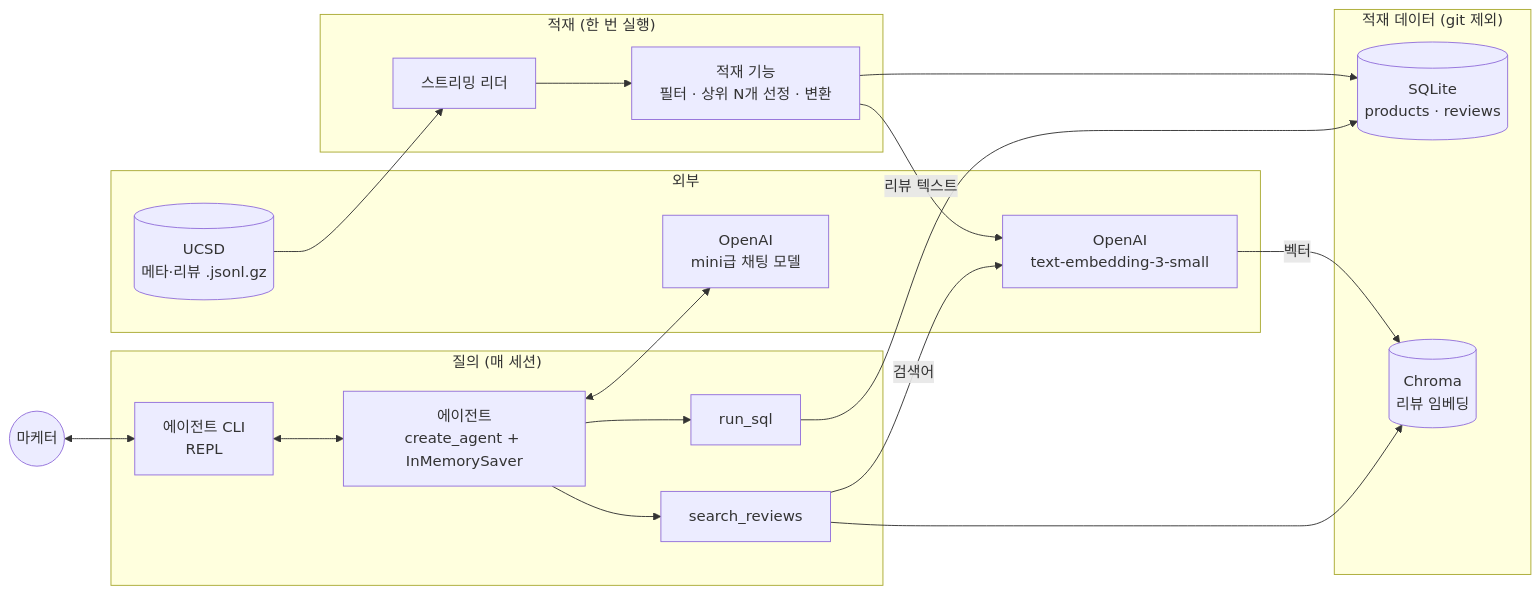
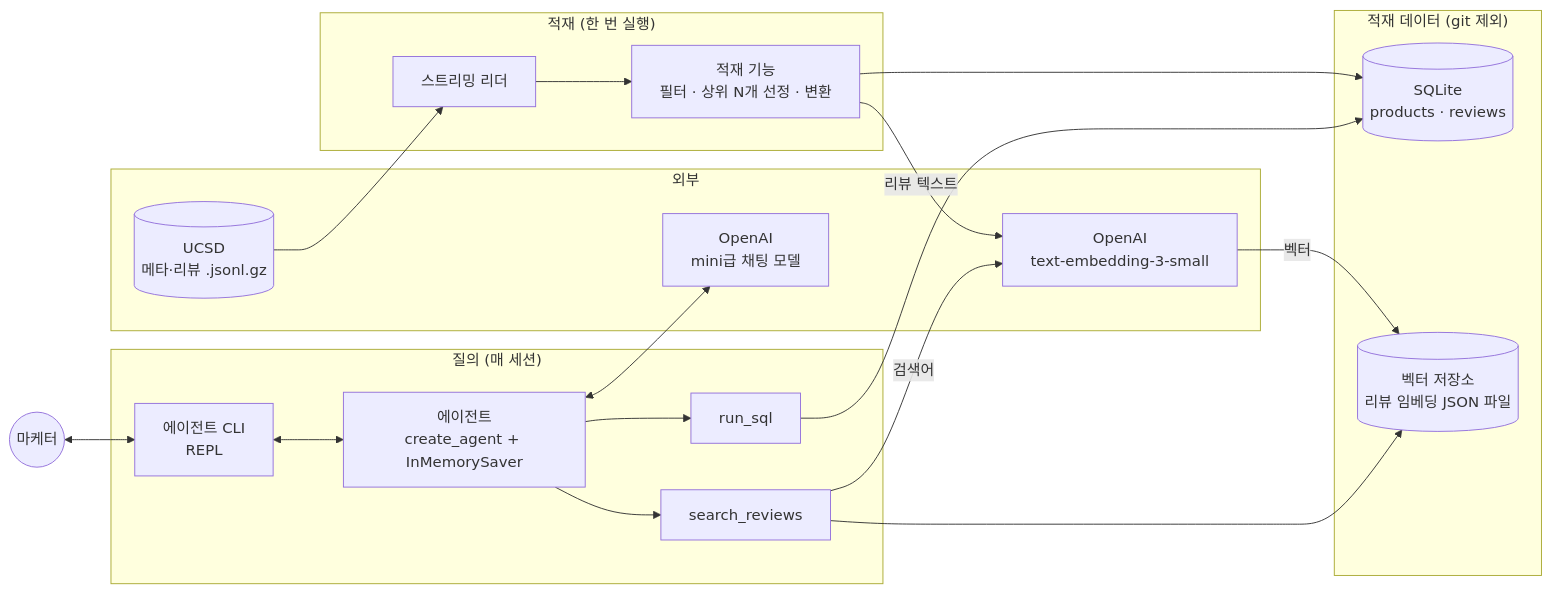
The first of 2 diagrams in docs/architecture.md (jhlee5647/marketing-agent-test), drawn with Mermaid before and after one commit. The commit also changed other lines of this file and 1 other file, not shown here.

Commit message:
docs: 벡터 저장소를 Chroma 대신 InMemoryVectorStore로 바꾼 결정(ADR-0002)과 아키텍처 문서 반영

````diff
--- a/docs/architecture.md
+++ b/docs/architecture.md
@@ -9,35 +9,35 @@
 ```mermaid
 flowchart LR
     subgraph 외부
         UCSD[(UCSD<br/>메타·리뷰 .jsonl.gz)]
         EMB[OpenAI<br/>text-embedding-3-small]
         LLM[OpenAI<br/>mini급 채팅 모델]
     end
 
     subgraph 적재["적재 (한 번 실행)"]
         STREAM[스트리밍 리더]
         LOADER[적재 기능<br/>필터 · 상위 N개 선정 · 변환]
     end
 
     subgraph 적재데이터["적재 데이터 (git 제외)"]
         SQL[(SQLite<br/>products · reviews)]
-        VEC[(Chroma<br/>리뷰 임베딩)]
+        VEC[(벡터 저장소<br/>리뷰 임베딩 JSON 파일)]
     end
 
     subgraph 질의["질의 (매 세션)"]
         CLI[에이전트 CLI<br/>REPL]
         AGENT[에이전트<br/>create_agent + InMemorySaver]
         T1[run_sql]
         T2[search_reviews]
     end
 
     UCSD --> STREAM --> LOADER
     LOADER --> SQL
     LOADER -- 리뷰 텍스트 --> EMB -- 벡터 --> VEC
 
     마케터((마케터)) <--> CLI <--> AGENT
     AGENT <--> LLM
     AGENT --> T1 --> SQL
     AGENT --> T2 --> VEC
     T2 -- 검색어 --> EMB
 ```
````
